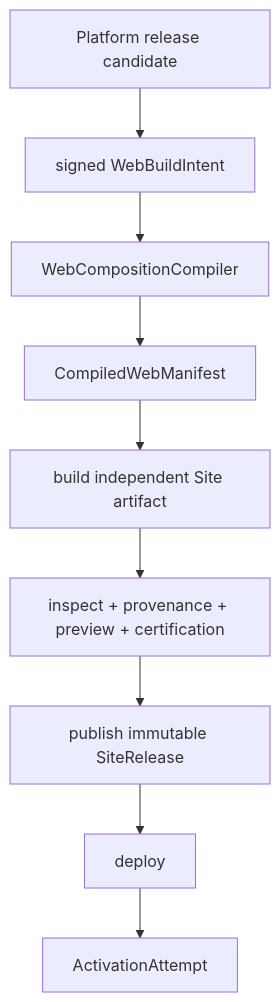
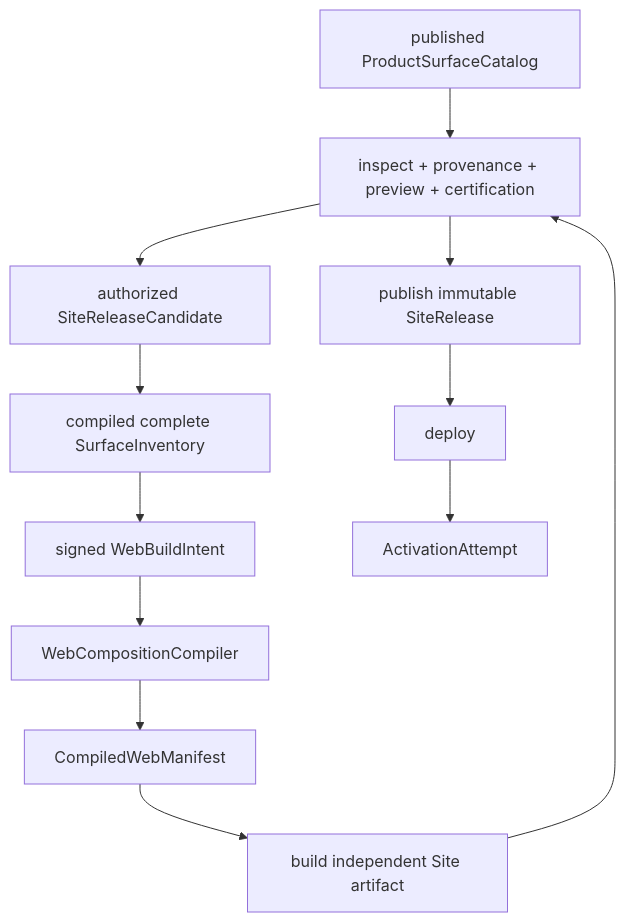
The diagram in docs/kokoro-handbook/decisions/ADR-016-web-release-composition.md (LordFoxFairy/Kokoro), drawn with Mermaid before and after one commit. The commit also changed other lines of this file and 18 other files, not shown here.

Commit message:
feat(contract): close site release authority chain

````diff
--- a/docs/kokoro-handbook/decisions/ADR-016-web-release-composition.md
+++ b/docs/kokoro-handbook/decisions/ADR-016-web-release-composition.md
@@ -63,11 +63,14 @@
 ```mermaid
 flowchart TD
-  C["Platform release candidate"] --> I["signed WebBuildIntent"]
+  C["published ProductSurfaceCatalog"] --> P["published LaunchProductProfile"]
+  P --> RC["authorized SiteReleaseCandidate"]
+  RC --> SI["compiled complete SurfaceInventory"]
+  SI --> I["signed WebBuildIntent"]
   I --> W["WebCompositionCompiler"]
   W --> M["CompiledWebManifest"]
   M --> B["build independent Site artifact"]
   B --> P["inspect + provenance + preview + certification"]
   P --> R["publish immutable SiteRelease"]
   R --> D["deploy"]
   D --> A["ActivationAttempt"]
 ```
````
